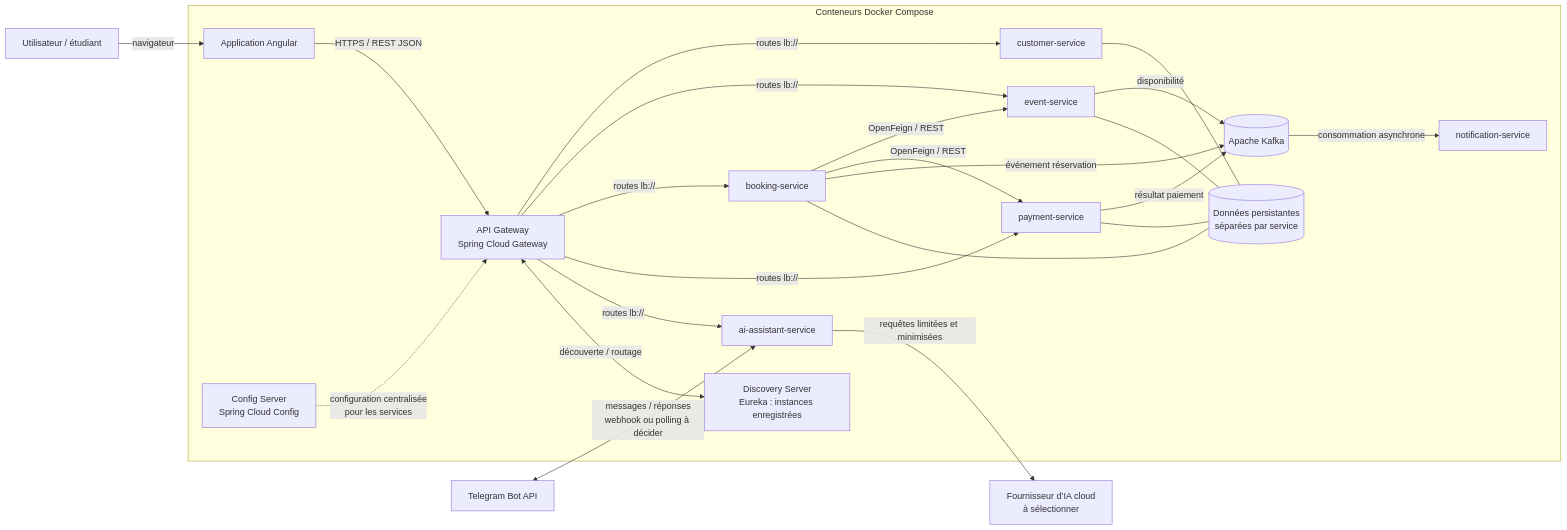
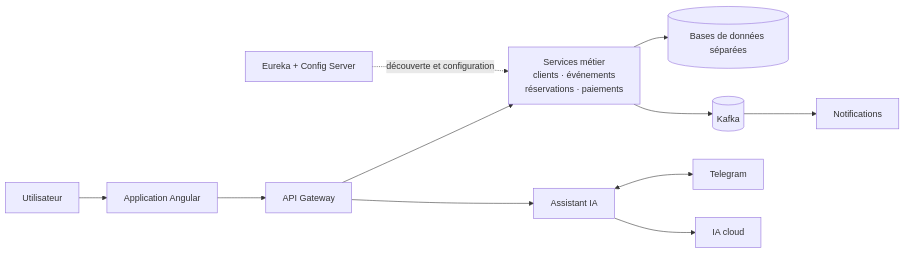
One commit to kahaidous/ticketflow changed the diagram in docs/CAHIER_DES_CHARGES.md. Above: the diagram before and after it, drawn with Mermaid.

Commit message:
docs: simplify architecture diagram

````diff
--- a/docs/CAHIER_DES_CHARGES.md
+++ b/docs/CAHIER_DES_CHARGES.md
@@ -5,33 +5,13 @@
 ```mermaid
 flowchart LR
-    User[Utilisateur / étudiant] -->|navigateur| Angular[Application Angular]
-
-    subgraph Local[Conteneurs Docker Compose]
-        Angular -->|HTTPS / REST JSON| Gateway[API Gateway\nSpring Cloud Gateway]
-        Gateway -->|routes lb://| Customer[customer-service]
-        Gateway -->|routes lb://| Event[event-service]
-        Gateway -->|routes lb://| Booking[booking-service]
-        Gateway -->|routes lb://| Payment[payment-service]
-        Gateway -->|routes lb://| Assistant[ai-assistant-service]
-
-        Eureka[Discovery Server\nEureka : instances enregistrées]
-        Gateway <-->|découverte / routage| Eureka
-        Config[Config Server\nSpring Cloud Config]
-        Config -. configuration centralisée\npour les services .-> Gateway
-
-        Booking -->|OpenFeign / REST| Event
-        Booking -->|OpenFeign / REST| Payment
-        Booking -->|événement réservation| Kafka[(Apache Kafka)]
-        Payment -->|résultat paiement| Kafka
-        Event -->|disponibilité| Kafka
-        Kafka -->|consommation asynchrone| Notification[notification-service]
-
-        Customer --- DB[(Données persistantes\nséparées par service)]
-        Event --- DB
-        Booking --- DB
-        Payment --- DB
-    end
-
-    Telegram[Telegram Bot API] <-->|messages / réponses\nwebhook ou polling à décider| Assistant
-    Assistant -->|requêtes limitées et minimisées| CloudAI[Fournisseur d’IA cloud\nà sélectionner]
+    User[Utilisateur] --> Web[Application Angular]
+    Web --> Gateway[API Gateway]
+    Gateway --> Services["Services métier<br/>clients · événements<br/>réservations · paiements"]
+    Services --> DB[(Bases de données séparées)]
+    Services --> Kafka[(Kafka)]
+    Kafka --> Notifications[Notifications]
+    Gateway --> Assistant[Assistant IA]
+    Assistant <--> Telegram[Telegram]
+    Assistant --> CloudAI[IA cloud]
+    Infra[Eureka + Config Server] -. découverte et configuration .-> Services
 ```
````
